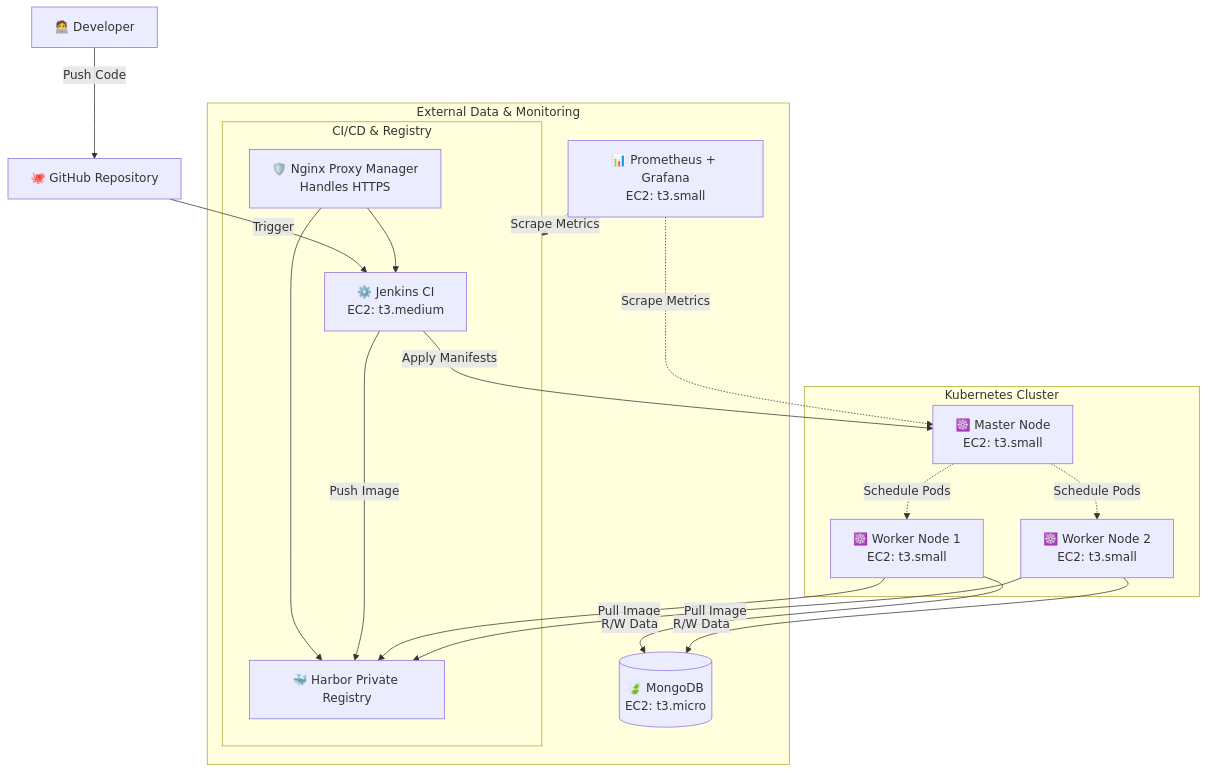
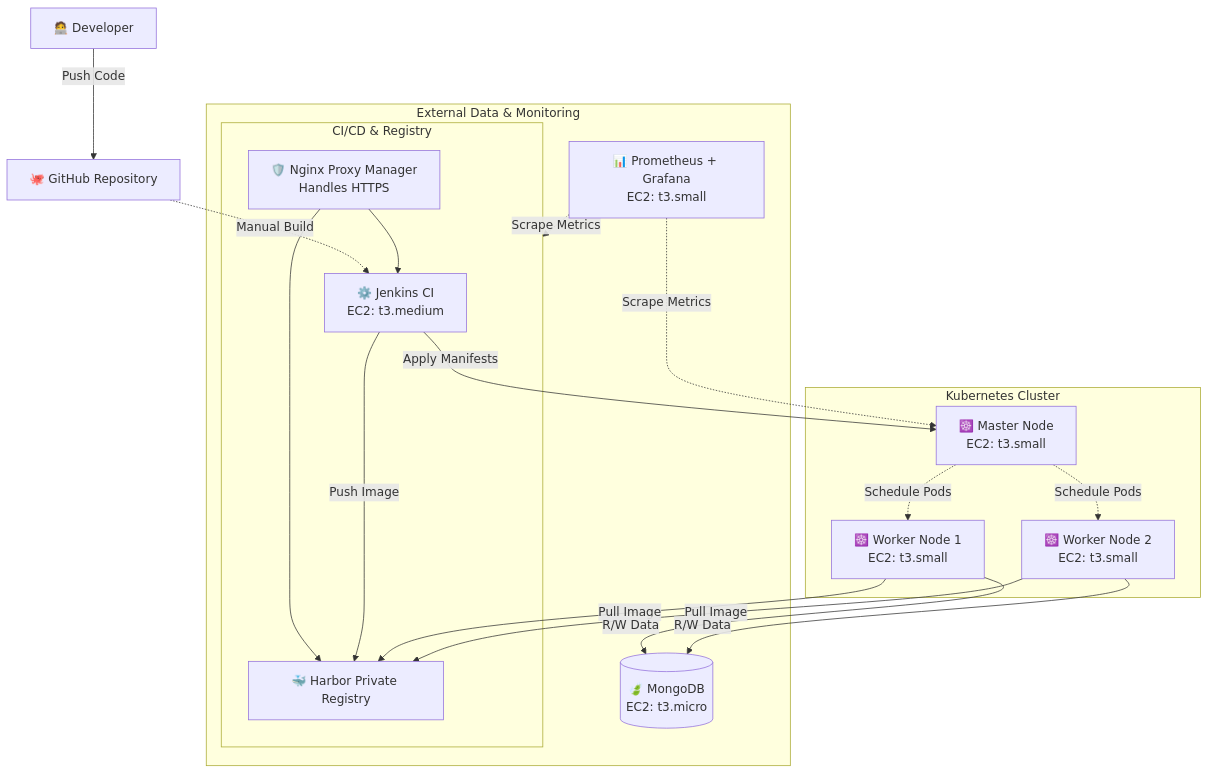
Before and after one commit to LeHoangTien2510/complete_CICD_For_3tiers_web: the diagram in README.md, drawn with Mermaid. The commit also changed other lines of this file, not shown here.

````diff
--- a/README.md
+++ b/README.md
@@ -27,31 +27,31 @@
 ```mermaid
 flowchart TB
     dev[🧑‍💻 Developer] -->|Push Code| git[🐙 GitHub Repository]
-    git -->|Trigger| jenkins[⚙️ Jenkins CI<br/>EC2: t3.medium]
+    git -.->|Manual Build| jenkins[⚙️ Jenkins CI<br/>EC2: t3.medium]
     
     subgraph CI_CD_Registry ["CI/CD & Registry"]
         npm[🛡️ Nginx Proxy Manager<br/>Handles HTTPS] --> jenkins
         npm --> harbor[🐳 Harbor Private Registry]
         jenkins -->|Push Image| harbor
     end
     
     subgraph Kubernetes_Cluster ["Kubernetes Cluster"]
         master[☸️ Master Node<br/>EC2: t3.small]
         worker1[☸️ Worker Node 1<br/>EC2: t3.small]
         worker2[☸️ Worker Node 2<br/>EC2: t3.small]
         
         master -.->|Schedule Pods| worker1 & worker2
     end
     
     jenkins -->|Apply Manifests| master
     worker1 & worker2 -->|Pull Image| harbor
     
     subgraph External_Data_Monitoring ["External Data & Monitoring"]
         mongo[(🍃 MongoDB<br/>EC2: t3.micro)]
         worker1 & worker2 -->|R/W Data| mongo
         
         prom[📊 Prometheus + Grafana<br/>EC2: t3.small]
         prom -.->|Scrape Metrics| CI_CD_Registry
         prom -.->|Scrape Metrics| master
     end
 ```
````
